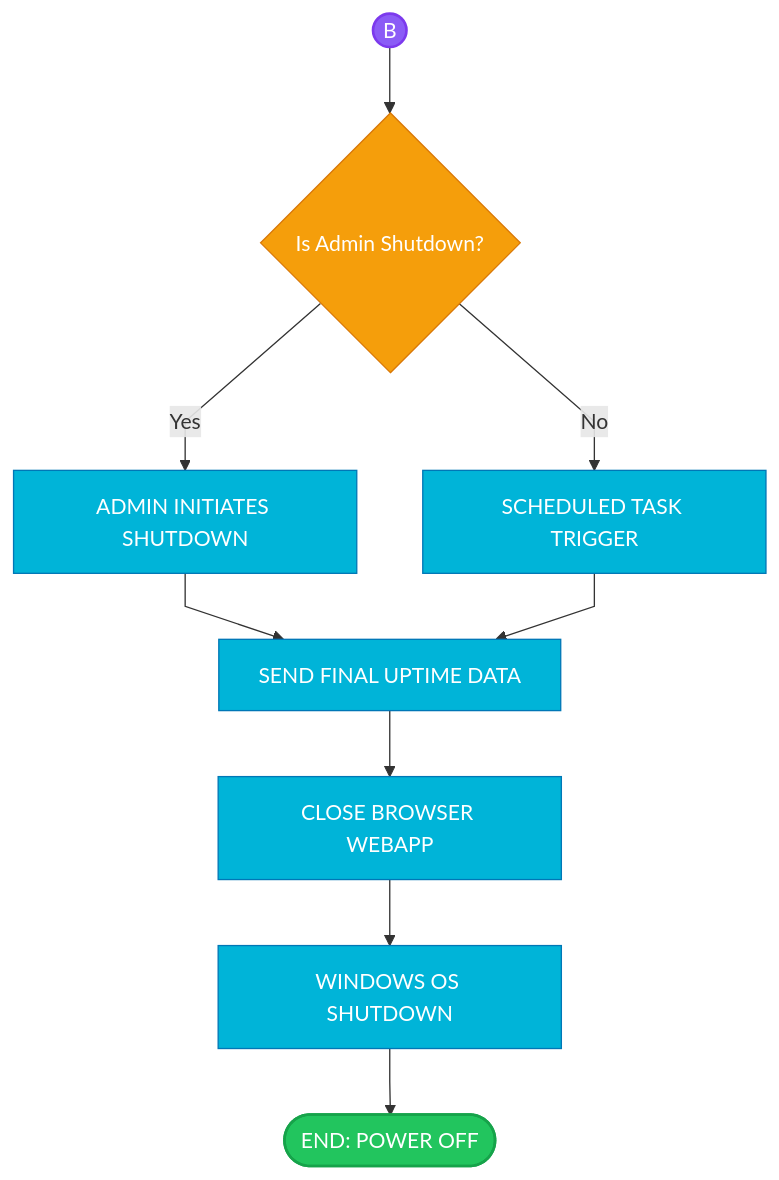
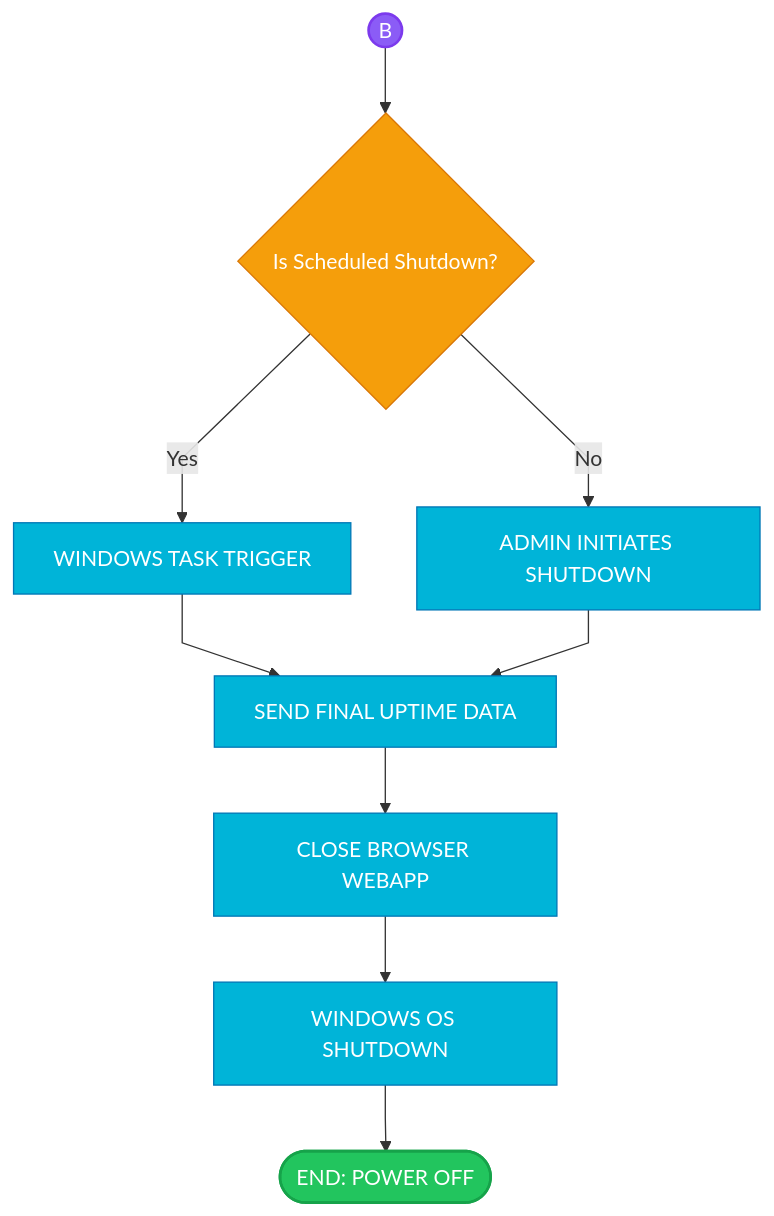
The fourth of 7 diagrams in iCCAT-Academic-Flowcharts-Printable.md (Yui1003/iCCAT), drawn with Mermaid before and after one commit. The commit also changed other lines of this file and 1 other file, not shown here.

First line of the commit message:
Add detailed flowcharts for the kiosk system startup and operation

````diff
--- a/iCCAT-Academic-Flowcharts-Printable.md
+++ b/iCCAT-Academic-Flowcharts-Printable.md
@@ -119,25 +133,25 @@
 ```mermaid
 %%{init: {'flowchart': {'curve': 'linear', 'nodeSpacing': 50, 'rankSpacing': 50}}}%%
 flowchart TB
     classDef startEnd fill:#22c55e,stroke:#16a34a,color:#fff,stroke-width:2px,rx:20,ry:20
     classDef action fill:#00b4d8,stroke:#0077b6,color:#fff
     classDef decision fill:#f59e0b,stroke:#d97706,color:#fff
     classDef connector fill:#8b5cf6,stroke:#7c3aed,color:#fff,stroke-width:2px
     
-    CONN_B((B)) --> SHUT_ACT{Is Admin Shutdown?}
+    CONN_B((B)) --> SH_TYPE{Is Scheduled Shutdown?}
     
-    SHUT_ACT -->|Yes| ADMIN[ADMIN INITIATES SHUTDOWN]
-    SHUT_ACT -->|No| SCHED[SCHEDULED TASK TRIGGER]
+    SH_TYPE -->|Yes| SCHED[WINDOWS TASK TRIGGER]
+    SH_TYPE -->|No| ADMIN[ADMIN INITIATES SHUTDOWN]
     
-    ADMIN --> END_DATA[SEND FINAL UPTIME DATA]
-    SCHED --> END_DATA
+    SCHED --> END_DATA[SEND FINAL UPTIME DATA]
+    ADMIN --> END_DATA
     
     END_DATA --> CLOSE_APP[CLOSE BROWSER WEBAPP]
     CLOSE_APP --> WIN_SHUT[WINDOWS OS SHUTDOWN]
     WIN_SHUT --> FINISH([END: POWER OFF])
 
     class FINISH startEnd
-    class ADMIN,SCHED,END_DATA,CLOSE_APP,WIN_SHUT action
-    class SHUT_ACT decision
+    class SCHED,ADMIN,END_DATA,CLOSE_APP,WIN_SHUT action
+    class SH_TYPE decision
     class CONN_B connector
 ```
````
